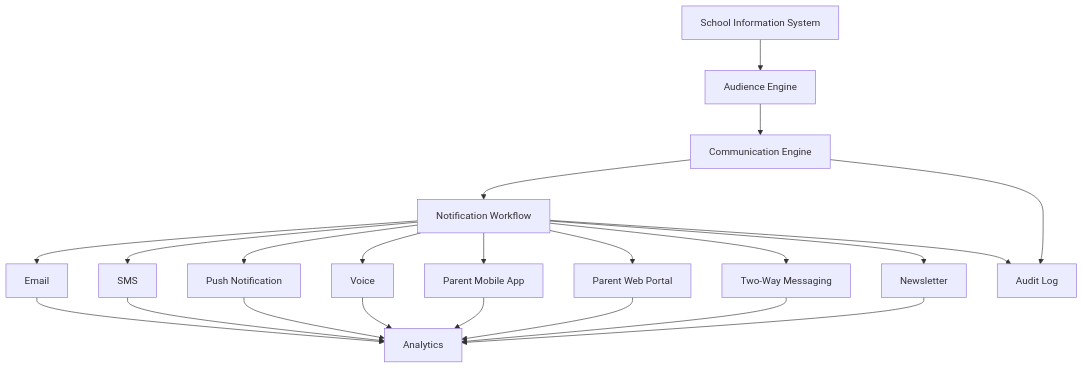
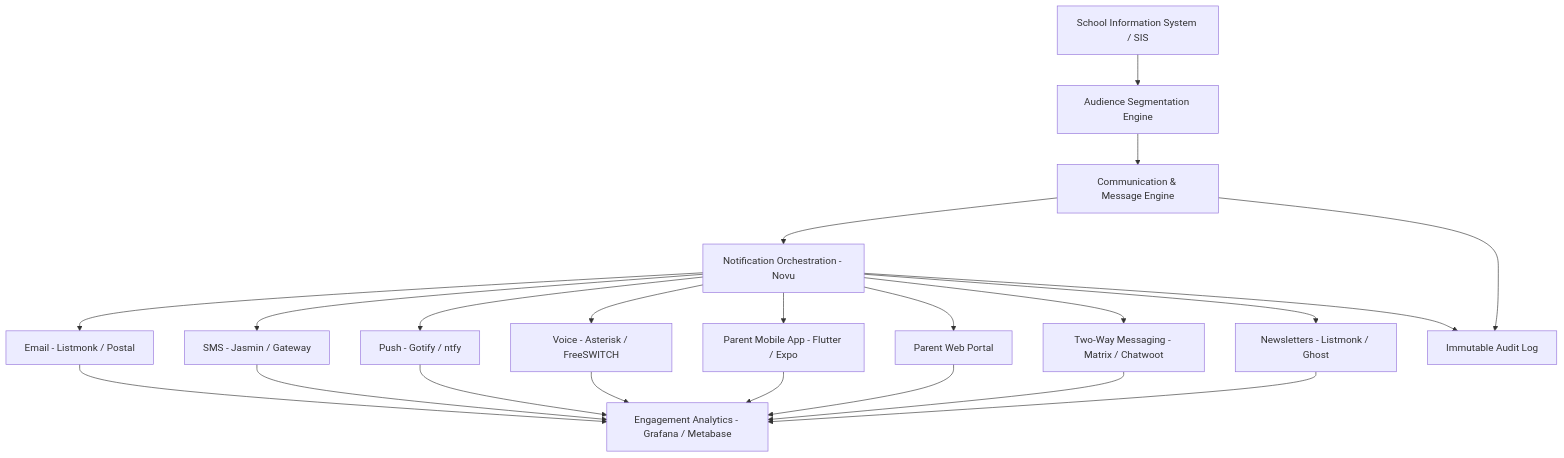
The first of 7 diagrams in README.md (ishandutta2007/Awesome-School-Communication), drawn with Mermaid before and after one commit. The commit also changed other lines of this file and 2 other files, not shown here.

````diff
--- a/README.md
+++ b/README.md
@@ -1298,56 +414,41 @@
 ```mermaid
 flowchart TD
-
-    SIS[School Information System]
-
-    AUDIENCE[Audience Engine]
-
-    COMMS[Communication Engine]
-
-    WORKFLOW[Notification Workflow]
-
-    EMAIL[Email]
-
-    SMS[SMS]
-
-    PUSH[Push Notification]
-
-    VOICE[Voice]
-
-    APP[Parent Mobile App]
-
+    SIS[School Information System / SIS]
+    AUDIENCE[Audience Segmentation Engine]
+    COMMS[Communication & Message Engine]
+    WORKFLOW[Notification Orchestration - Novu]
+    EMAIL[Email - Listmonk / Postal]
+    SMS[SMS - Jasmin / Gateway]
+    PUSH[Push - Gotify / ntfy]
+    VOICE[Voice - Asterisk / FreeSWITCH]
+    APP[Parent Mobile App - Flutter / Expo]
     WEB[Parent Web Portal]
-
-    CHAT[Two-Way Messaging]
-
-    NEWS[Newsletter]
-
-    ANALYTICS[Analytics]
-
-    AUDIT[Audit Log]
+    CHAT[Two-Way Messaging - Matrix / Chatwoot]
+    NEWS[Newsletters - Listmonk / Ghost]
+    ANALYTICS[Engagement Analytics - Grafana / Metabase]
+    AUDIT[Immutable Audit Log]
 
     SIS --> AUDIENCE
     AUDIENCE --> COMMS
     COMMS --> WORKFLOW
-
     WORKFLOW --> EMAIL
     WORKFLOW --> SMS
     WORKFLOW --> PUSH
     WORKFLOW --> VOICE
     WORKFLOW --> APP
     WORKFLOW --> WEB
     WORKFLOW --> CHAT
     WORKFLOW --> NEWS
 
     EMAIL --> ANALYTICS
     SMS --> ANALYTICS
     PUSH --> ANALYTICS
     VOICE --> ANALYTICS
     APP --> ANALYTICS
     WEB --> ANALYTICS
     CHAT --> ANALYTICS
     NEWS --> ANALYTICS
 
     COMMS --> AUDIT
     WORKFLOW --> AUDIT
 ```
````
